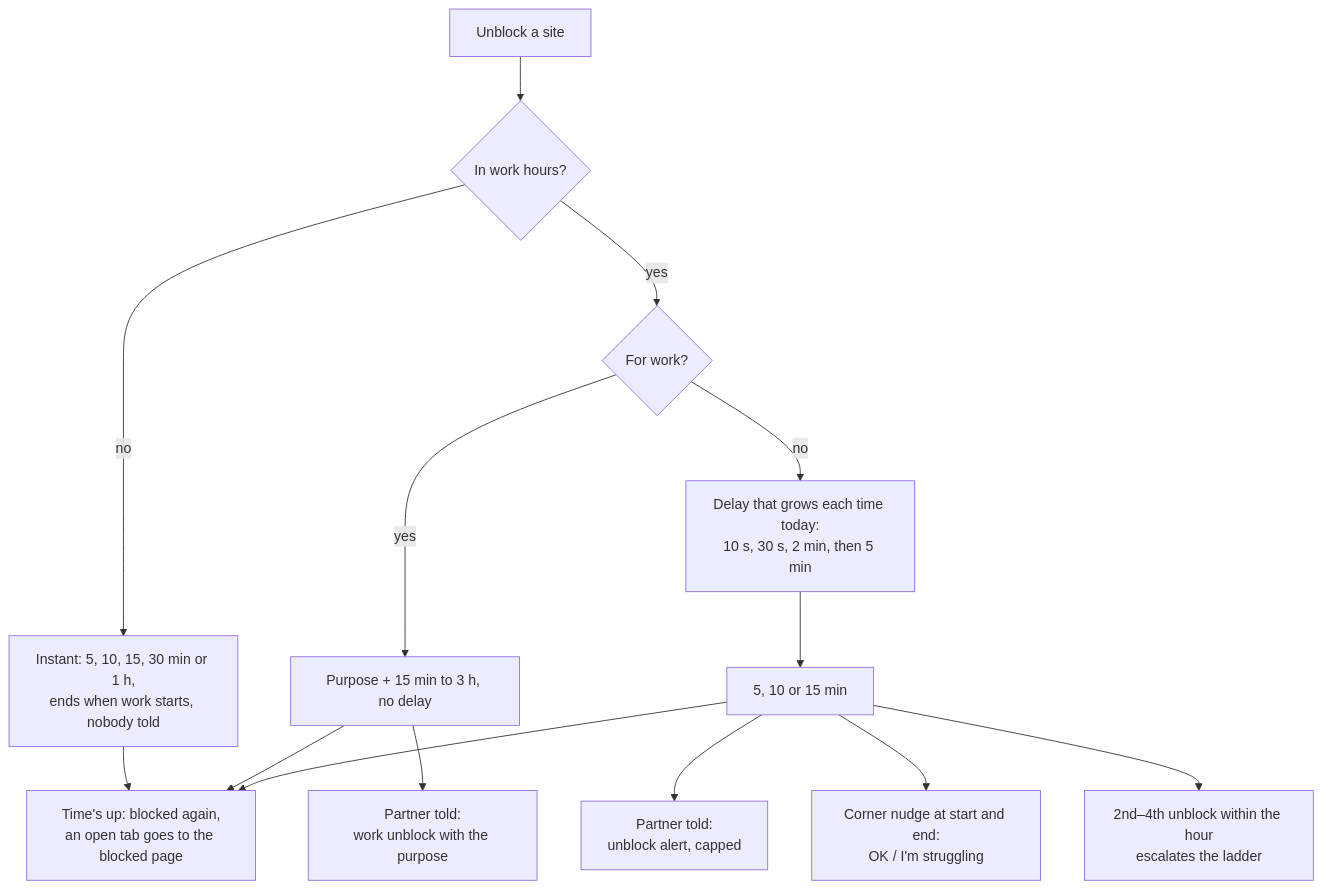
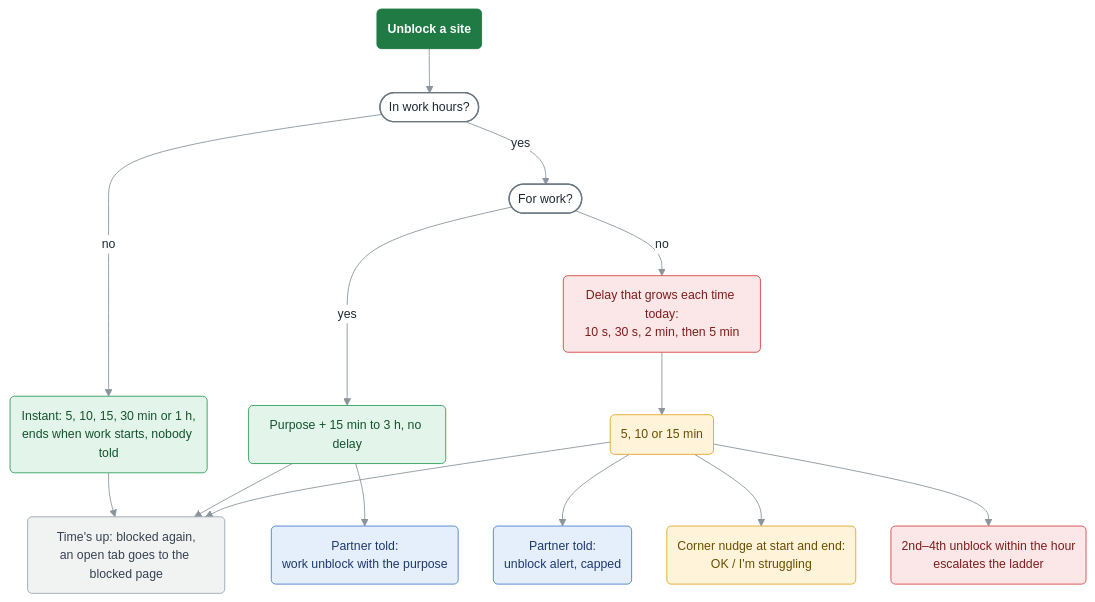
One commit to hodapp512/ontask changed the fifth of 7 diagrams in docs/FLOWS.md. Above: the diagram before and after it, drawn with Mermaid. The commit also changed other lines of this file and 1 other file, not shown here.

Commit message:
FLOWS.md: styled diagrams (theme, rounded boxes, pill questions, colors by meaning, legend)

````diff
--- a/docs/FLOWS.md
+++ b/docs/FLOWS.md
@@ -177,14 +250,30 @@
 ```mermaid
+%%{init: {"theme": "base", "themeVariables": {"fontFamily": "-apple-system, BlinkMacSystemFont, Segoe UI, Helvetica, Arial, sans-serif", "fontSize": "14px", "primaryColor": "#F7F9F8", "primaryBorderColor": "#B8C2BC", "primaryTextColor": "#1F2933", "lineColor": "#8A949C", "edgeLabelBackground": "#FFFFFF", "tertiaryColor": "#F7F9F8", "clusterBkg": "#F4F7F5", "clusterBorder": "#C8D0CB"}, "flowchart": {"curve": "basis", "nodeSpacing": 40, "rankSpacing": 50, "padding": 12}}}%%
 flowchart TD
-    U[Unblock a site] --> WH{In work hours?}
-    WH -- no --> FREE[Instant: 5, 10, 15, 30 min or 1 h,<br/>ends when work starts, nobody told]
-    WH -- yes --> FW{For work?}
-    FW -- yes --> PUR[Purpose + 15 min to 3 h, no delay] --> TOLD1[Partner told:<br/>work unblock with the purpose]
-    FW -- no --> DELAY[Delay that grows each time today:<br/>10 s, 30 s, 2 min, then 5 min]
-    DELAY --> LEN[5, 10 or 15 min] --> TOLD2[Partner told:<br/>unblock alert, capped]
-    LEN --> NUDGE[Corner nudge at start and end:<br/>OK / I'm struggling]
-    LEN --> LADDER[2nd–4th unblock within the hour<br/>escalates the ladder]
-    FREE --> END[Time's up: blocked again,<br/>an open tab goes to the blocked page]
+    U("Unblock a site") --> WH(["In work hours?"])
+    WH -- no --> FREE("Instant: 5, 10, 15, 30 min or 1 h,<br/>ends when work starts, nobody told")
+    WH -- yes --> FW(["For work?"])
+    FW -- yes --> PUR("Purpose + 15 min to 3 h, no delay") --> TOLD1("Partner told:<br/>work unblock with the purpose")
+    FW -- no --> DELAY("Delay that grows each time today:<br/>10 s, 30 s, 2 min, then 5 min")
+    DELAY --> LEN("5, 10 or 15 min") --> TOLD2("Partner told:<br/>unblock alert, capped")
+    LEN --> NUDGE("Corner nudge at start and end:<br/>OK / I'm struggling")
+    LEN --> LADDER("2nd–4th unblock within the hour<br/>escalates the ladder")
+    FREE --> END("Time's up: blocked again,<br/>an open tab goes to the blocked page")
     PUR --> END
     LEN --> END
+
+    classDef start fill:#1F7A44,stroke:#1F7A44,color:#FFFFFF,font-weight:bold
+    classDef good fill:#E3F4EA,stroke:#2E9E5B,color:#14532D
+    classDef bad fill:#FBE7E7,stroke:#D64545,color:#7F1D1D
+    classDef warn fill:#FFF4DA,stroke:#E0A526,color:#6B4E00
+    classDef partner fill:#E5EEFB,stroke:#4A7BD0,color:#1E3A6E
+    classDef quiet fill:#F1F3F2,stroke:#9AA5B1,color:#374151
+    class U start
+    class FREE,PUR good
+    class DELAY,LADDER bad
+    class LEN,NUDGE warn
+    class TOLD1,TOLD2 partner
+    class END quiet
+    classDef ask fill:#FFFFFF,stroke:#6B7780,stroke-width:1.5px,color:#1F2933
+    class FW,WH ask
 ```
````
